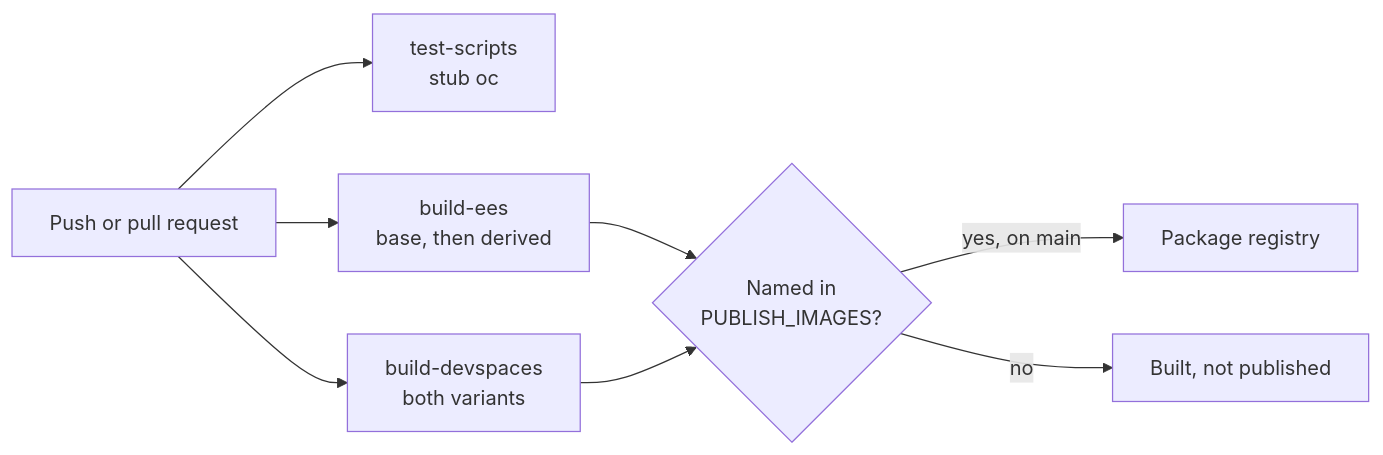
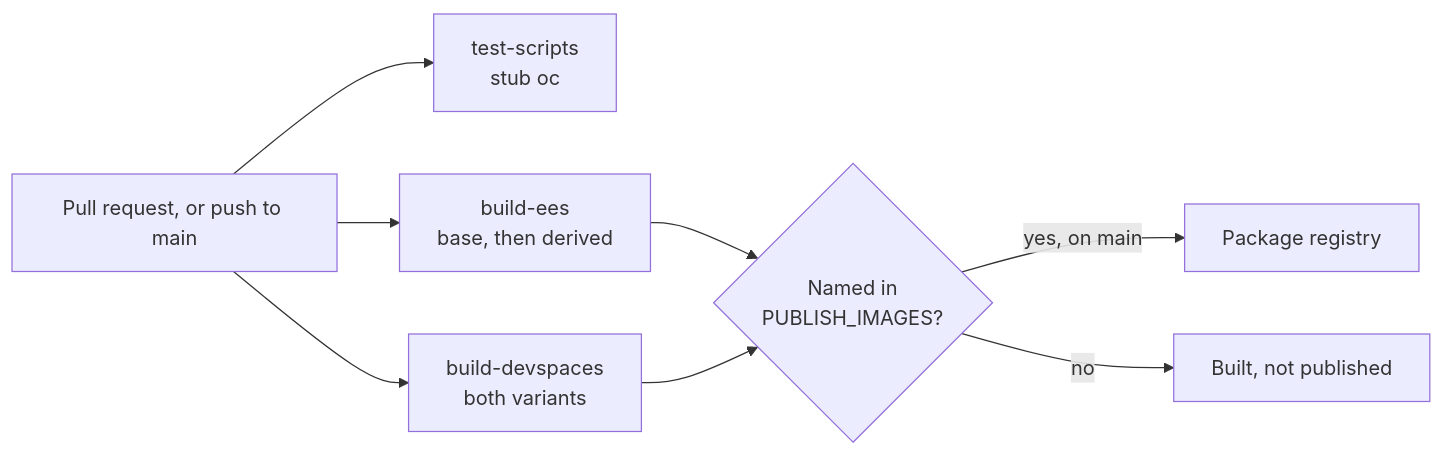
Before and after one commit to KhalilGibrotha/ansible-platform-images: the second of 2 diagrams in README.md, drawn with Mermaid. The commit also changed other lines of this file, not shown here.

````diff
--- a/README.md
+++ b/README.md
@@ -168,10 +169,10 @@
 ```mermaid
 flowchart LR
-    PR["Push or pull request"] --> T["test-scripts<br/>stub oc"]
+    PR["Pull request, or push to main"] --> T["test-scripts<br/>stub oc"]
     PR --> E["build-ees<br/>base, then derived"]
     PR --> D["build-devspaces<br/>both variants"]
     E --> G{"Named in<br/>PUBLISH_IMAGES?"}
     D --> G
     G -- "yes, on main" --> REG["Package registry"]
     G -- "no" --> N["Built, not published"]
 ```
````
